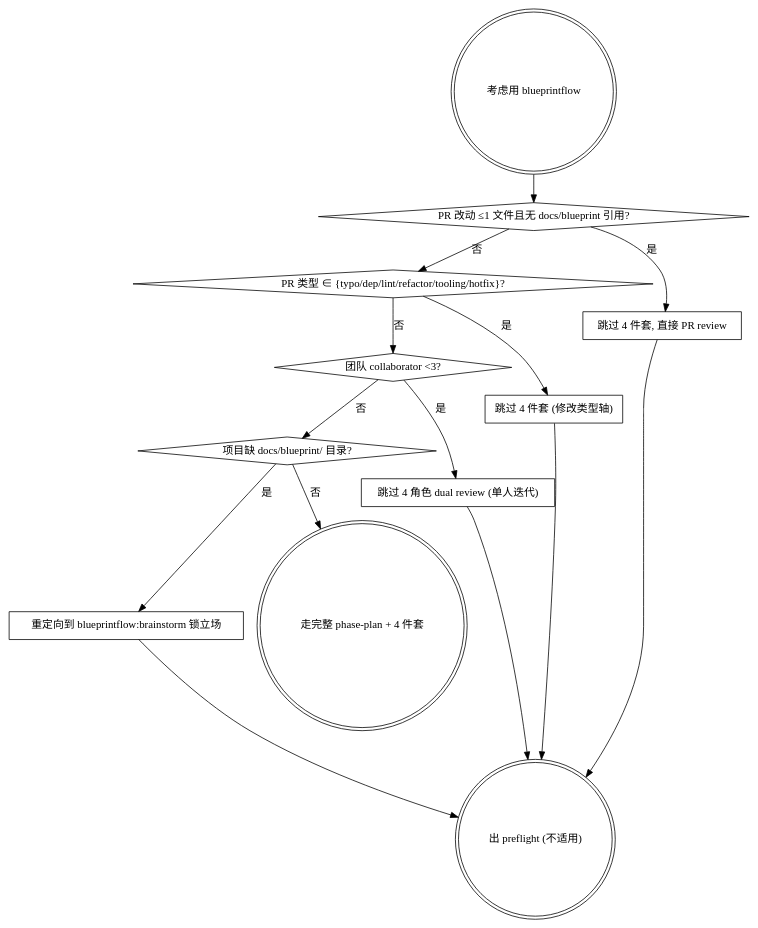
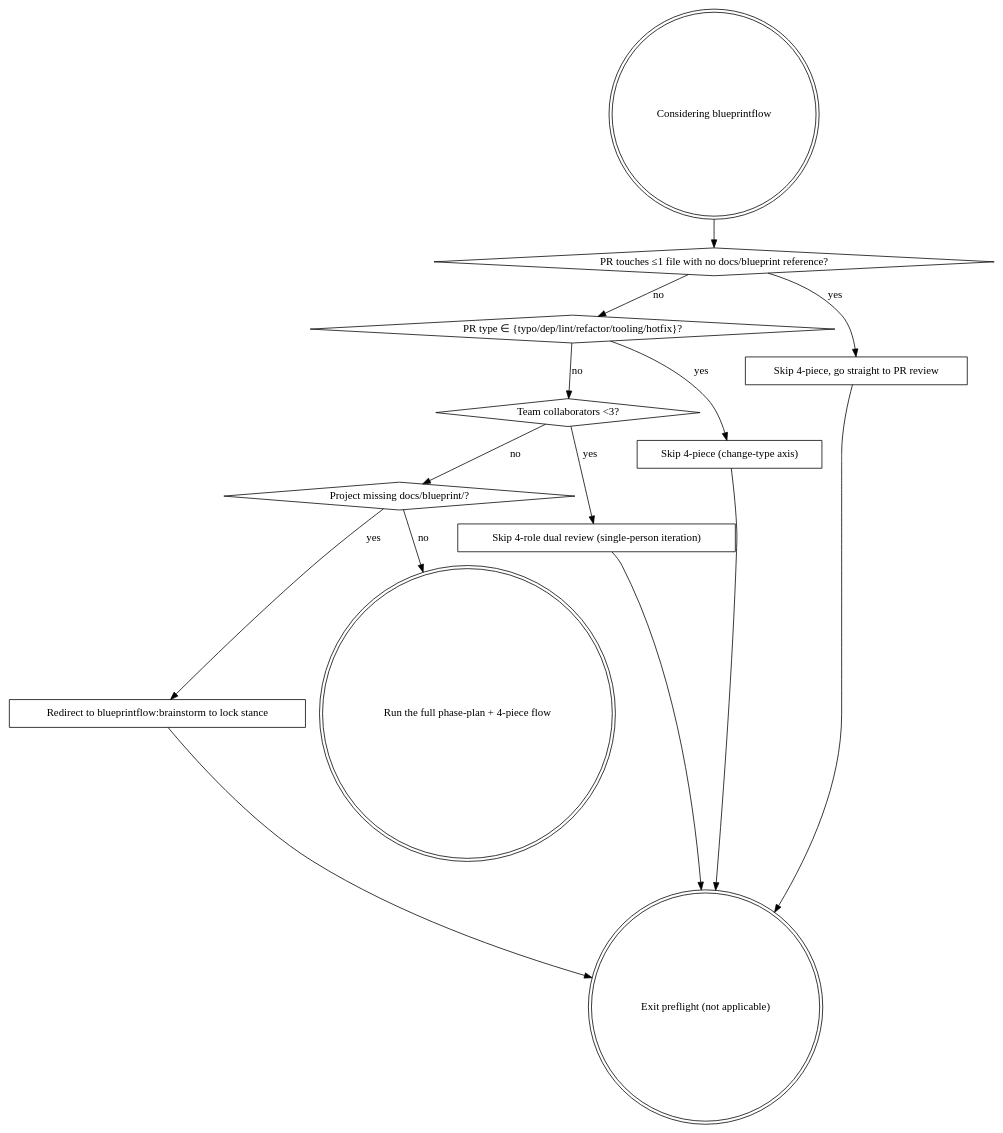
The diagram in skills/blueprintflow-phase-plan/SKILL.md (codetreker/blueprintflow), drawn with Graphviz before and after one commit. The commit also changed other lines of this file, not shown here.

Commit message:
docs(phase-plan): translate skill to English + rewrite description per skill-creator guidance

````diff
--- a/skills/blueprintflow-phase-plan/SKILL.md
+++ b/skills/blueprintflow-phase-plan/SKILL.md
@@ -15,32 +15,32 @@
 ```dot
 digraph phase_plan_preflight {
-    "考虑用 blueprintflow" [shape=doublecircle];
-    "PR 改动 ≤1 文件且无 docs/blueprint 引用?" [shape=diamond];
-    "PR 类型 ∈ {typo/dep/lint/refactor/tooling/hotfix}?" [shape=diamond];
-    "团队 collaborator <3?" [shape=diamond];
-    "项目缺 docs/blueprint/ 目录?" [shape=diamond];
-    "跳过 4 件套, 直接 PR review" [shape=box];
-    "跳过 4 件套 (修改类型轴)" [shape=box];
-    "跳过 4 角色 dual review (单人迭代)" [shape=box];
-    "重定向到 blueprintflow:brainstorm 锁立场" [shape=box];
-    "走完整 phase-plan + 4 件套" [shape=doublecircle];
-    "出 preflight (不适用)" [shape=doublecircle];
+    "Considering blueprintflow" [shape=doublecircle];
+    "PR touches ≤1 file with no docs/blueprint reference?" [shape=diamond];
+    "PR type ∈ {typo/dep/lint/refactor/tooling/hotfix}?" [shape=diamond];
+    "Team collaborators <3?" [shape=diamond];
+    "Project missing docs/blueprint/?" [shape=diamond];
+    "Skip 4-piece, go straight to PR review" [shape=box];
+    "Skip 4-piece (change-type axis)" [shape=box];
+    "Skip 4-role dual review (single-person iteration)" [shape=box];
+    "Redirect to blueprintflow:brainstorm to lock stance" [shape=box];
+    "Run the full phase-plan + 4-piece flow" [shape=doublecircle];
+    "Exit preflight (not applicable)" [shape=doublecircle];
 
-    "考虑用 blueprintflow" -> "PR 改动 ≤1 文件且无 docs/blueprint 引用?";
-    "PR 改动 ≤1 文件且无 docs/blueprint 引用?" -> "跳过 4 件套, 直接 PR review" [label="是"];
-    "PR 改动 ≤1 文件且无 docs/blueprint 引用?" -> "PR 类型 ∈ {typo/dep/lint/refactor/tooling/hotfix}?" [label="否"];
-    "跳过 4 件套, 直接 PR review" -> "出 preflight (不适用)";
+    "Considering blueprintflow" -> "PR touches ≤1 file with no docs/blueprint reference?";
+    "PR touches ≤1 file with no docs/blueprint reference?" -> "Skip 4-piece, go straight to PR review" [label="yes"];
+    "PR touches ≤1 file with no docs/blueprint reference?" -> "PR type ∈ {typo/dep/lint/refactor/tooling/hotfix}?" [label="no"];
+    "Skip 4-piece, go straight to PR review" -> "Exit preflight (not applicable)";
 
-    "PR 类型 ∈ {typo/dep/lint/refactor/tooling/hotfix}?" -> "跳过 4 件套 (修改类型轴)" [label="是"];
-    "PR 类型 ∈ {typo/dep/lint/refactor/tooling/hotfix}?" -> "团队 collaborator <3?" [label="否"];
-    "跳过 4 件套 (修改类型轴)" -> "出 preflight (不适用)";
+    "PR type ∈ {typo/dep/lint/refactor/tooling/hotfix}?" -> "Skip 4-piece (change-type axis)" [label="yes"];
+    "PR type ∈ {typo/dep/lint/refactor/tooling/hotfix}?" -> "Team collaborators <3?" [label="no"];
+    "Skip 4-piece (change-type axis)" -> "Exit preflight (not applicable)";
 
-    "团队 collaborator <3?" -> "跳过 4 角色 dual review (单人迭代)" [label="是"];
-    "团队 collaborator <3?" -> "项目缺 docs/blueprint/ 目录?" [label="否"];
-    "跳过 4 角色 dual review (单人迭代)" -> "出 preflight (不适用)";
+    "Team collaborators <3?" -> "Skip 4-role dual review (single-person iteration)" [label="yes"];
+    "Team collaborators <3?" -> "Project missing docs/blueprint/?" [label="no"];
+    "Skip 4-role dual review (single-person iteration)" -> "Exit preflight (not applicable)";
 
-    "项目缺 docs/blueprint/ 目录?" -> "重定向到 blueprintflow:brainstorm 锁立场" [label="是"];
-    "项目缺 docs/blueprint/ 目录?" -> "走完整 phase-plan + 4 件套" [label="否"];
-    "重定向到 blueprintflow:brainstorm 锁立场" -> "出 preflight (不适用)";
+    "Project missing docs/blueprint/?" -> "Redirect to blueprintflow:brainstorm to lock stance" [label="yes"];
+    "Project missing docs/blueprint/?" -> "Run the full phase-plan + 4-piece flow" [label="no"];
+    "Redirect to blueprintflow:brainstorm to lock stance" -> "Exit preflight (not applicable)";
 }
 ```
````
